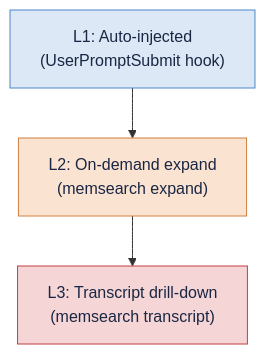
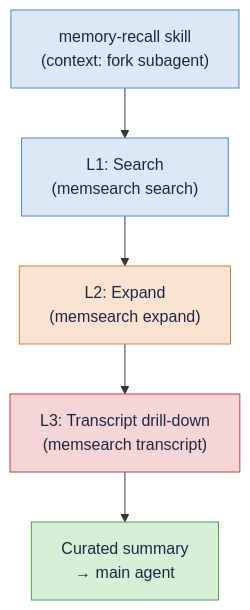
One commit to zilliztech/memsearch changed the fourth of 4 diagrams in ccplugin/README.md. Above: the diagram before and after it, drawn with Mermaid. The commit also changed other lines of this file and 5 other files, not shown here.

First line of the commit message:
ccplugin: replace push-based memory injection with skill-based recall (#53)

````diff
--- a/ccplugin/README.md
+++ b/ccplugin/README.md
@@ -179,9 +180,14 @@
 ```mermaid
 graph TD
-    L1["L1: Auto-injected<br/>(UserPromptSubmit hook)"] --> L2["L2: On-demand expand<br/>(memsearch expand)"]
+    SKILL["memory-recall skill<br/>(context: fork subagent)"]
+    SKILL --> L1["L1: Search<br/>(memsearch search)"]
+    L1 --> L2["L2: Expand<br/>(memsearch expand)"]
     L2 --> L3["L3: Transcript drill-down<br/>(memsearch transcript)"]
+    L3 --> RETURN["Curated summary<br/>→ main agent"]
 
+    style SKILL fill:#dce8f5,stroke:#4a86c8,color:#1a2744
     style L1 fill:#dce8f5,stroke:#4a86c8,color:#1a2744
     style L2 fill:#fae3d0,stroke:#d08040,color:#1a2744
     style L3 fill:#f5d5d5,stroke:#c04040,color:#1a2744
+    style RETURN fill:#d5f0d6,stroke:#4a9e4e,color:#1a2744
 ```
````
